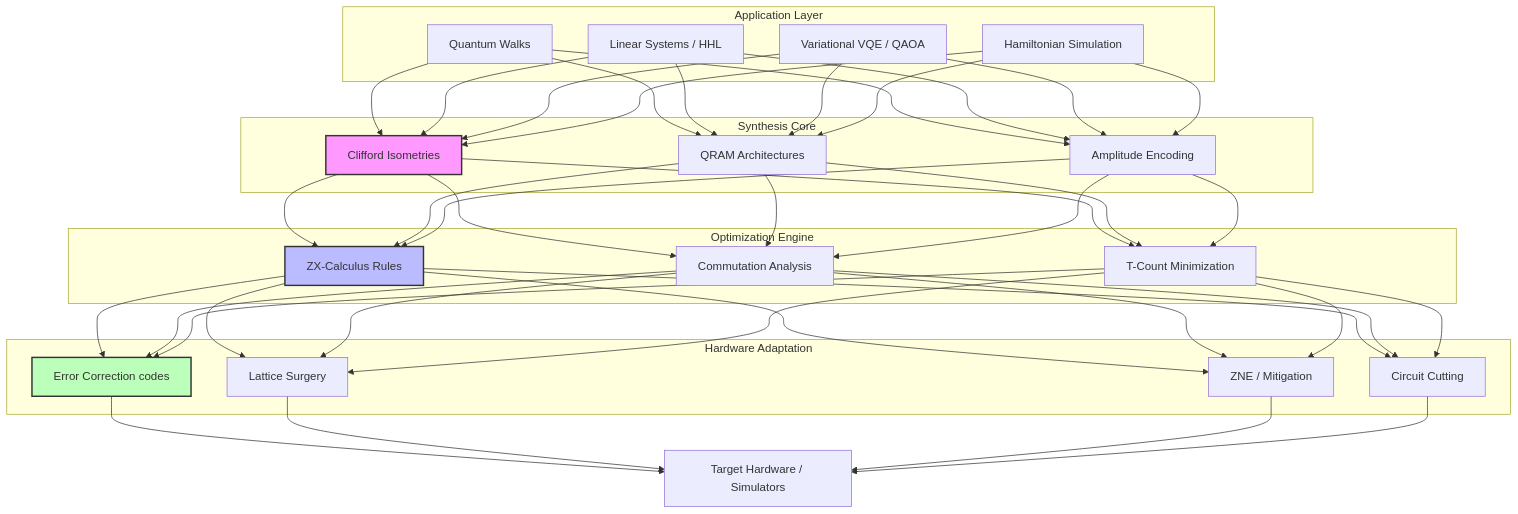
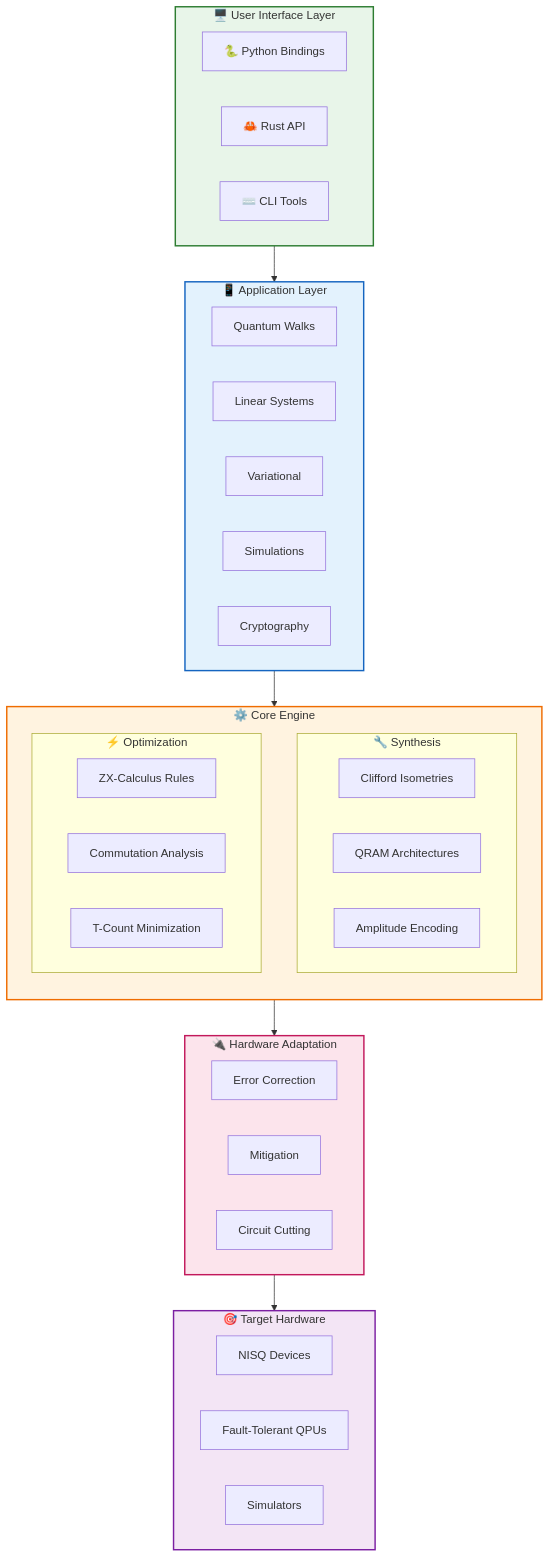
Before and after one commit to Mahir101/quantic-rust: the second of 29 diagrams in README.md, drawn with Mermaid. The commit also changed other lines of this file and 1 other file, not shown here.

````diff
--- a/README.md
+++ b/README.md
@@ -15,37 +92,57 @@
 ```mermaid
-graph TD
-    subgraph "Application Layer"
-        A[Quantum Walks]
-        B[Linear Systems / HHL]
-        C[Variational VQE / QAOA]
-        D[Hamiltonian Simulation]
+flowchart TB
+    subgraph UserInterface["🖥️ User Interface Layer"]
+        direction LR
+        PY[🐍 Python Bindings]
+        RS[🦀 Rust API]
+        CLI[⌨️ CLI Tools]
     end
     
-    subgraph "Synthesis Core"
-        S1[Clifford Isometries]
-        S2[QRAM Architectures]
-        S3[Amplitude Encoding]
+    subgraph ApplicationLayer["📱 Application Layer"]
+        direction LR
+        QW[Quantum Walks]
+        LS[Linear Systems]
+        VAR[Variational]
+        SIM[Simulations]
+        CRYPTO[Cryptography]
     end
-
-    subgraph "Optimization Engine"
-        O1[ZX-Calculus Rules]
-        O2[Commutation Analysis]
-        O3[T-Count Minimization]
+    
+    subgraph CoreEngine["⚙️ Core Engine"]
+        direction TB
+        subgraph Synthesis["🔧 Synthesis"]
+            S1[Clifford Isometries]
+            S2[QRAM Architectures]
+            S3[Amplitude Encoding]
+        end
+        
+        subgraph Optimization["⚡ Optimization"]
+            O1[ZX-Calculus Rules]
+            O2[Commutation Analysis]
+            O3[T-Count Minimization]
+        end
     end
-
-    subgraph "Hardware Adaptation"
-        E1[Error Correction codes]
-        E2[Lattice Surgery]
-        M1[ZNE / Mitigation]
-        C1[Circuit Cutting]
+    
+    subgraph HardwareAbstraction["🔌 Hardware Adaptation"]
+        direction LR
+        EC[Error Correction]
+        MIT[Mitigation]
+        CUT[Circuit Cutting]
     end
-
-    A & B & C & D --> S1 & S2 & S3
-    S1 & S2 & S3 --> O1 & O2 & O3
-    O1 & O2 & O3 --> E1 & E2 & M1 & C1
-    E1 & E2 & M1 & C1 --> HW[Target Hardware / Simulators]
     
-    style S1 fill:#f9f,stroke:#333,stroke-width:2px
-    style O1 fill:#bbf,stroke:#333,stroke-width:2px
-    style E1 fill:#bfb,stroke:#333,stroke-width:2px
+    subgraph Targets["🎯 Target Hardware"]
+        NISQ[NISQ Devices]
+        FT[Fault-Tolerant QPUs]
+        SIM2[Simulators]
+    end
+    
+    UserInterface --> ApplicationLayer
+    ApplicationLayer --> CoreEngine
+    CoreEngine --> HardwareAbstraction
+    HardwareAbstraction --> Targets
+    
+    style UserInterface fill:#E8F5E9,stroke:#2E7D32,stroke-width:2px
+    style ApplicationLayer fill:#E3F2FD,stroke:#1565C0,stroke-width:2px
+    style CoreEngine fill:#FFF3E0,stroke:#EF6C00,stroke-width:2px
+    style HardwareAbstraction fill:#FCE4EC,stroke:#C2185B,stroke-width:2px
+    style Targets fill:#F3E5F5,stroke:#7B1FA2,stroke-width:2px
 ```
````
